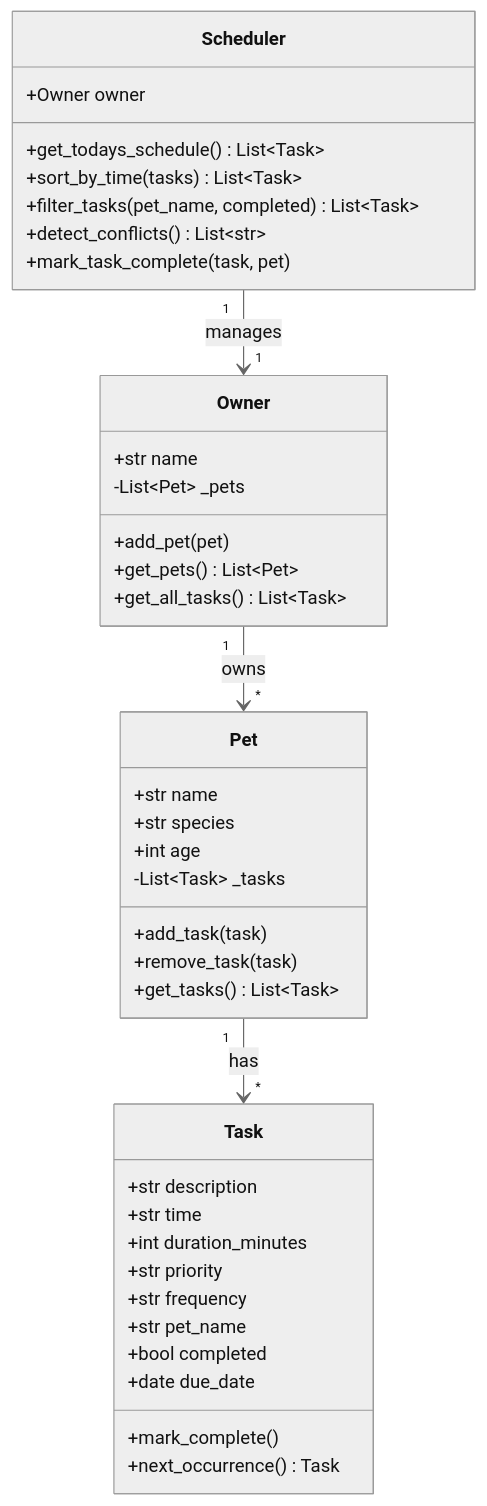
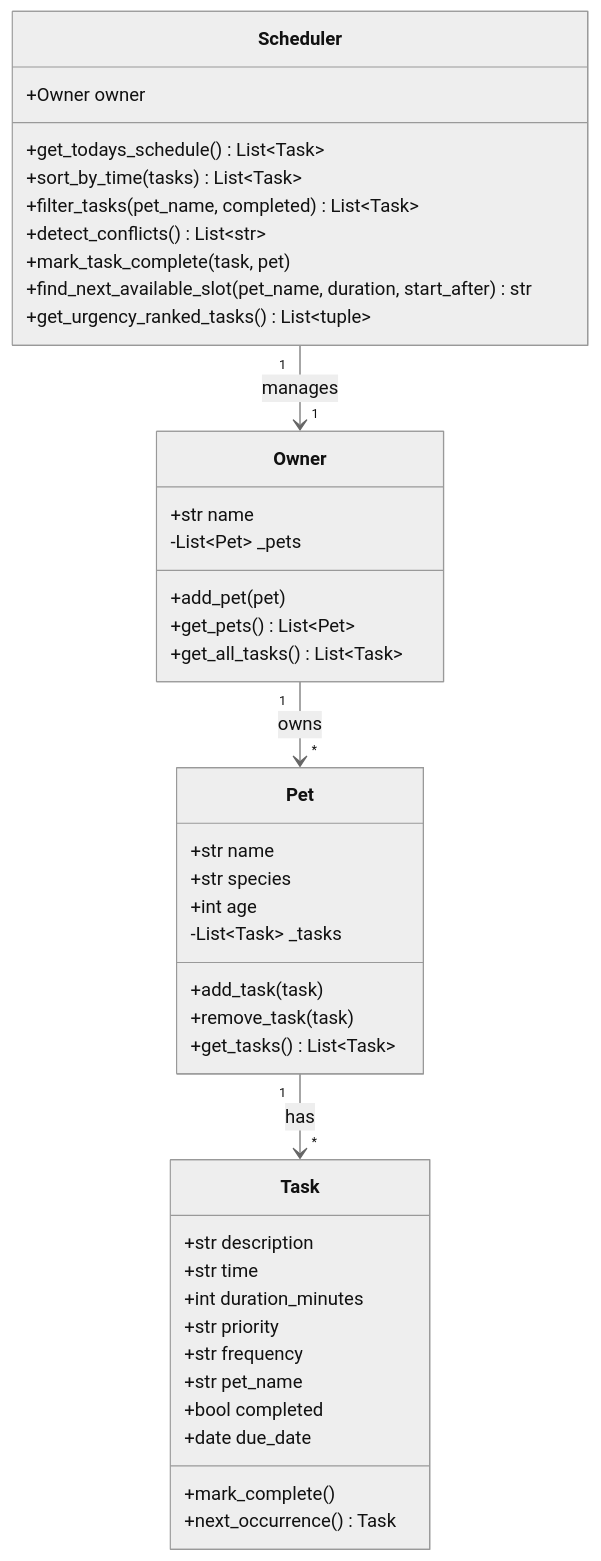
One commit to aryalsushant/ai110-pawpal changed the diagram in README.md. Above: the diagram before and after it, drawn with Mermaid (neutral theme). The commit also changed other lines of this file and 3 other files, not shown here.

Commit message:
feat: add next available slot finder and urgency ranking algorithms

````diff
--- a/README.md
+++ b/README.md
@@ -85,46 +101,48 @@
 ```mermaid
 classDiagram
     class Task {
         +str description
         +str time
         +int duration_minutes
         +str priority
         +str frequency
         +str pet_name
         +bool completed
         +date due_date
         +mark_complete()
         +next_occurrence() Task
     }
 
     class Pet {
         +str name
         +str species
         +int age
         -List~Task~ _tasks
         +add_task(task)
         +remove_task(task)
         +get_tasks() List~Task~
     }
 
     class Owner {
         +str name
         -List~Pet~ _pets
         +add_pet(pet)
         +get_pets() List~Pet~
         +get_all_tasks() List~Task~
     }
 
     class Scheduler {
         +Owner owner
         +get_todays_schedule() List~Task~
         +sort_by_time(tasks) List~Task~
         +filter_tasks(pet_name, completed) List~Task~
         +detect_conflicts() List~str~
         +mark_task_complete(task, pet)
+        +find_next_available_slot(pet_name, duration, start_after) str
+        +get_urgency_ranked_tasks() List~tuple~
     }
 
     Owner "1" --> "*" Pet : owns
     Pet "1" --> "*" Task : has
     Scheduler "1" --> "1" Owner : manages
 ```
````
